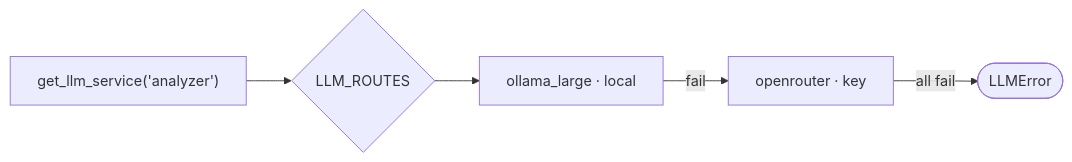
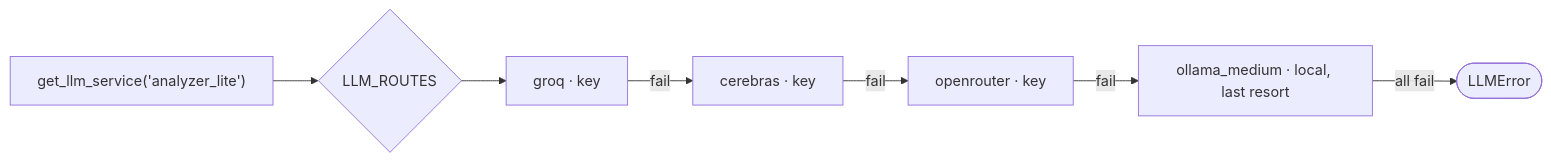
One commit to jameelhamdan/event-horizon changed the third of 3 diagrams in docs/architecture.md. Above: the diagram before and after it, drawn with Mermaid. The commit also changed other lines of this file and 37 other files, not shown here.

````diff
--- a/docs/architecture.md
+++ b/docs/architecture.md
@@ -180,7 +193,9 @@
 ```mermaid
 flowchart LR
-    CALL["get_llm_service('analyzer')"] --> ROUTE{LLM_ROUTES}
-    ROUTE --> OL[ollama_large · local]
-    OL -->|fail| OR[openrouter · key]
-    OR -->|all fail| ERR([LLMError])
+    CALL["get_llm_service('analyzer_lite')"] --> ROUTE{LLM_ROUTES}
+    ROUTE --> GROQ[groq · key]
+    GROQ -->|fail| CEREBRAS[cerebras · key]
+    CEREBRAS -->|fail| OR[openrouter · key]
+    OR -->|fail| OLLAMA[ollama_medium · local, last resort]
+    OLLAMA -->|all fail| ERR([LLMError])
 ```
````
